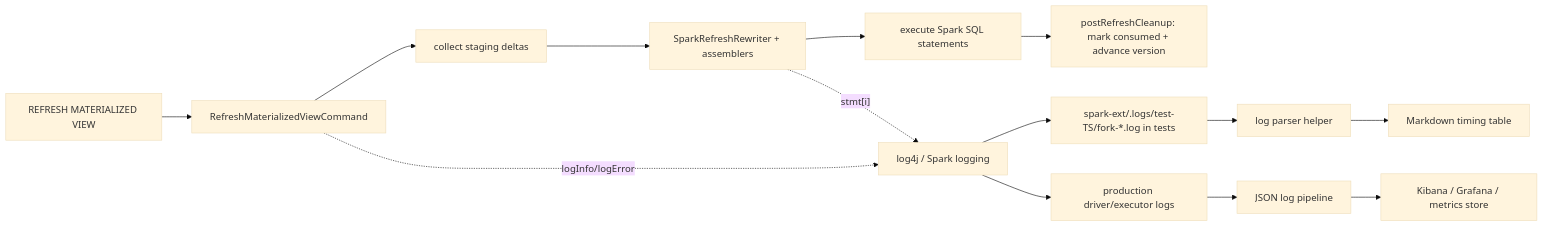
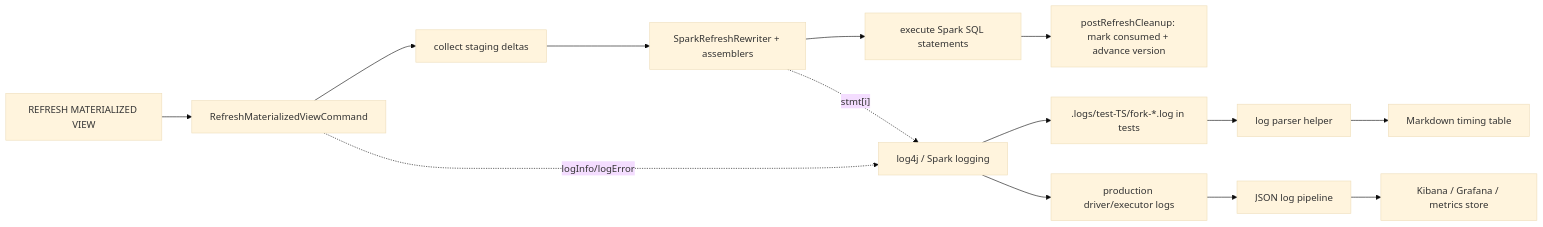
Before and after one commit to mdrakiburrahman/openivm-spark: the diagram in docs/architecture/openivm/9-profiling-openivm-refresh-profile.md, drawn with Mermaid (base theme). The commit also changed other lines of this file and 61 other files, not shown here.

````diff
--- a/docs/architecture/openivm/9-profiling-openivm-refresh-profile.md
+++ b/docs/architecture/openivm/9-profiling-openivm-refresh-profile.md
@@ -614,16 +619,16 @@
 ```mermaid
 flowchart LR
   A[REFRESH MATERIALIZED VIEW] --> B[RefreshMaterializedViewCommand]
   B --> C[collect staging deltas]
   C --> D[SparkRefreshRewriter + assemblers]
   D --> E[execute Spark SQL statements]
   E --> F[postRefreshCleanup: mark consumed + advance version]
   B -. logInfo/logError .-> G[log4j / Spark logging]
   D -. stmt[i] .-> G
-  G --> H[spark-ext/.logs/test-TS/fork-*.log in tests]
+  G --> H[.logs/test-TS/fork-*.log in tests]
   G --> I[production driver/executor logs]
   H --> J[log parser helper]
   I --> K[JSON log pipeline]
   J --> L[Markdown timing table]
   K --> M[Kibana / Grafana / metrics store]
 ```
````
